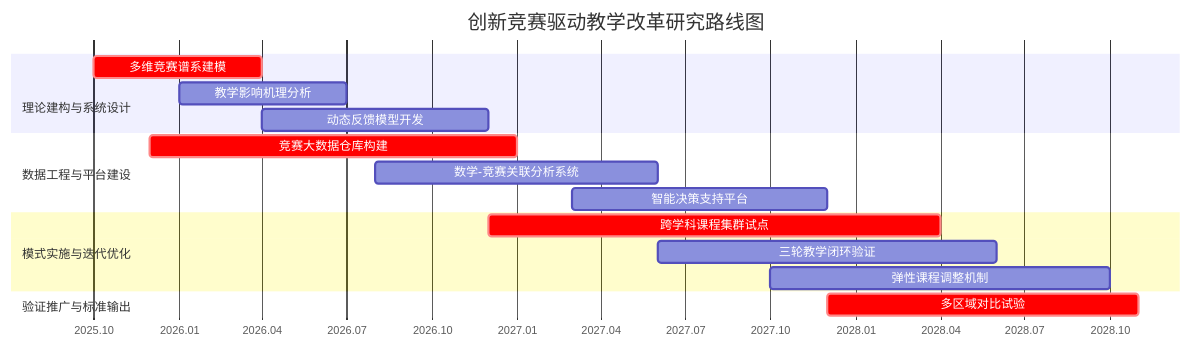
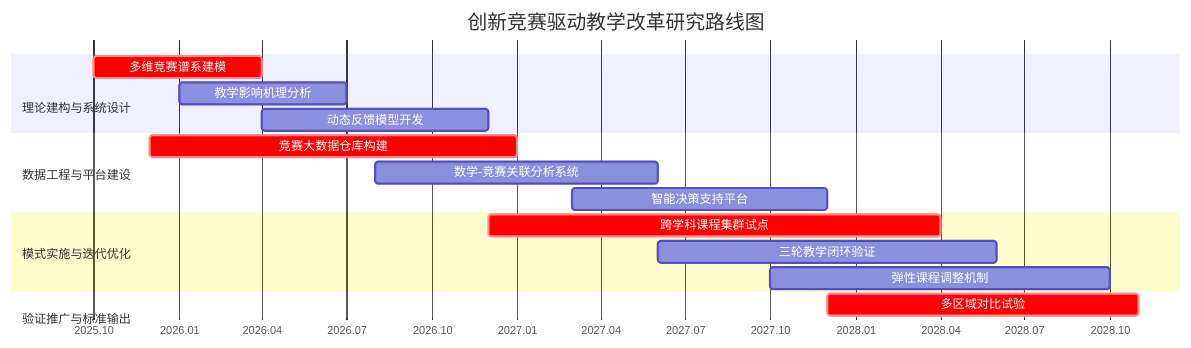
Before and after one commit to MC2001323/iodraw-files: the diagram in all/代码甘特图.md, drawn with Mermaid.

Commit message:
2025-04-08 21:31:02 update

````diff
--- a/all/代码甘特图.md
+++ b/all/代码甘特图.md
@@ -1,25 +1,34 @@
 ```mermaid
+%%{
+  init: {
+    "gantt": {
+      "todayMarker": {
+        "date": "2027-01-01"
+      }
+    }
+  }
+}%%
 gantt
     title 创新竞赛驱动教学改革研究路线图
     dateFormat  YYYY-MM
     axisFormat  %Y.%m
 
     section <br>理论建构与系统设计
     多维竞赛谱系建模        :crit, a1, 2025-10, 2026-04
     教学影响机理分析        :a2, 2026-01, 2026-07
     动态反馈模型开发        :a3, 2026-04, 2026-12
 
     section 数据工程与平台建设
     竞赛大数据仓库构建      :crit, b1, 2025-12, 2027-01
     数学-竞赛关联分析系统   :b2, 2026-08, 2027-06
     智能决策支持平台        :b3, 2027-03, 2027-12
 
     section 模式实施与迭代优化
     跨学科课程集群试点     :crit, c1, 2026-12, 2028-04
     三轮教学闭环验证       :c2, 2027-06, 2028-06
     弹性课程调整机制       :c3, 2027-10, 2028-10
     
-    section 验证推广与标准输出
+    section <br>验证推广与标准输出
     多区域对比试验         :crit, d1, 2027-12, 2028-11
 
 ```
````
